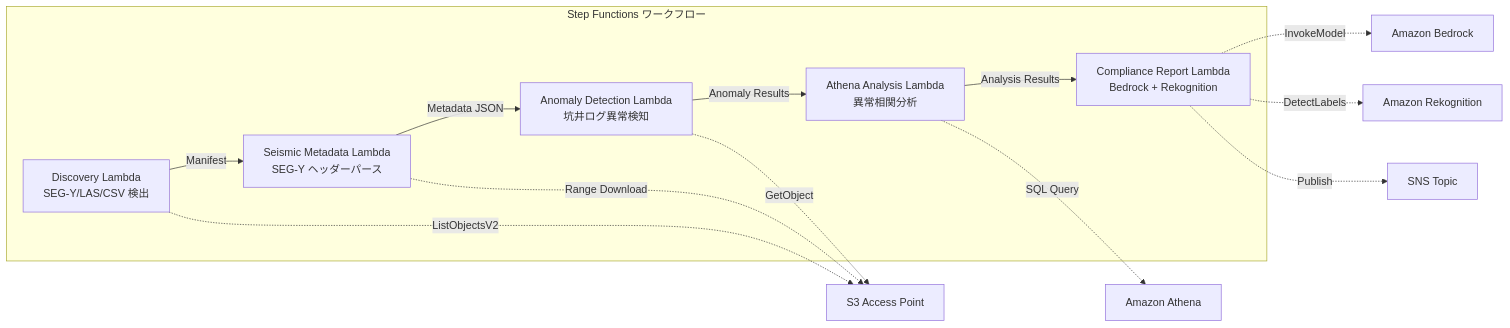
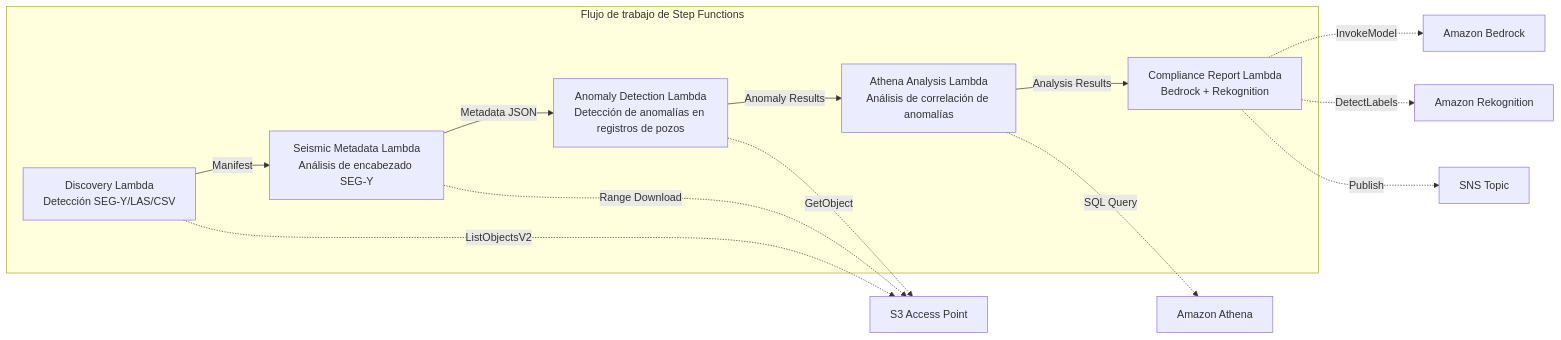
One commit to Yoshiki0705/FSx-for-ONTAP-S3AccessPoints-Serverless-Patterns changed the diagram in solutions/industry/energy-seismic/README.es.md. Above: the diagram before and after it, drawn with Mermaid. The commit also changed other lines of this file and 20 other files, not shown here.

````diff
--- a/solutions/industry/energy-seismic/README.es.md
+++ b/solutions/industry/energy-seismic/README.es.md
@@ -28,23 +56,23 @@
 ```mermaid
 graph LR
-    subgraph "Step Functions ワークフロー"
-        D[Discovery Lambda<br/>SEG-Y/LAS/CSV 検出]
-        SM[Seismic Metadata Lambda<br/>SEG-Y ヘッダーパース]
-        AD[Anomaly Detection Lambda<br/>坑井ログ異常検知]
-        ATH[Athena Analysis Lambda<br/>異常相関分析]
+    subgraph "Flujo de trabajo de Step Functions"
+        D[Discovery Lambda<br/>Detección SEG-Y/LAS/CSV]
+        SM[Seismic Metadata Lambda<br/>Análisis de encabezado SEG-Y]
+        AD[Anomaly Detection Lambda<br/>Detección de anomalías en registros de pozos]
+        ATH[Athena Analysis Lambda<br/>Análisis de correlación de anomalías]
         CR[Compliance Report Lambda<br/>Bedrock + Rekognition]
     end
 
     D -->|Manifest| SM
     SM -->|Metadata JSON| AD
     AD -->|Anomaly Results| ATH
     ATH -->|Analysis Results| CR
 
     D -.->|ListObjectsV2| S3AP[S3 Access Point]
     SM -.->|Range Download| S3AP
     AD -.->|GetObject| S3AP
     ATH -.->|SQL Query| Athena[Amazon Athena]
     CR -.->|InvokeModel| Bedrock[Amazon Bedrock]
     CR -.->|DetectLabels| Rekog[Amazon Rekognition]
     CR -.->|Publish| SNS[SNS Topic]
 ```
````
